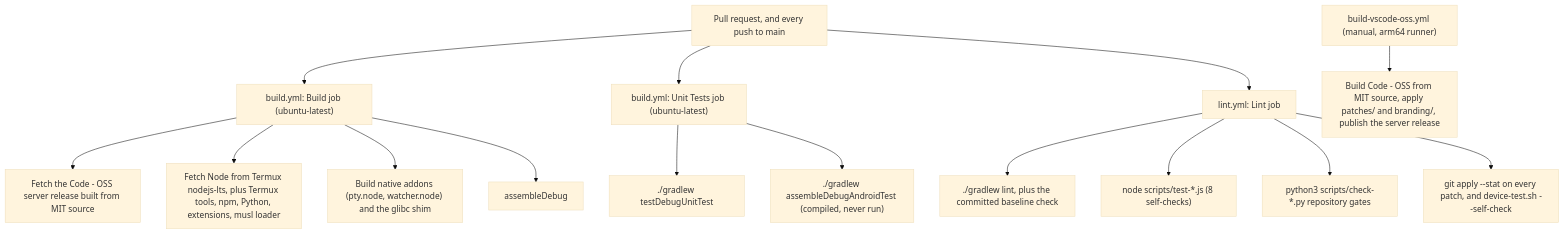
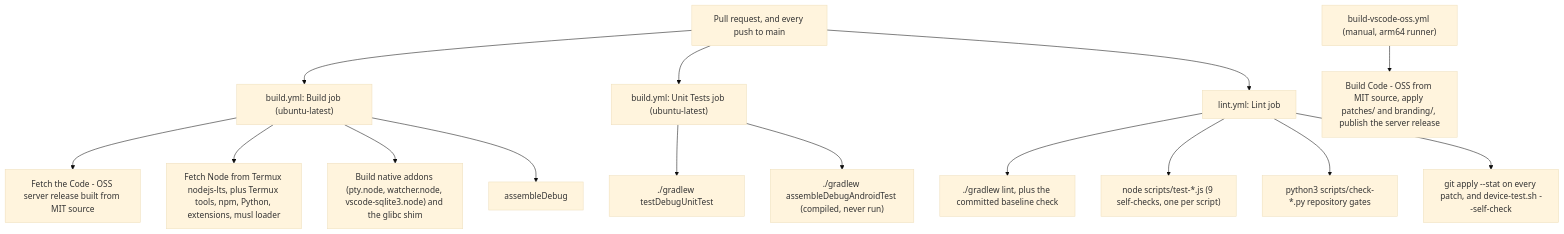
The second of 3 diagrams in docs/07-TESTING_STRATEGY.md (cuixinyuan666/vscodroid), drawn with Mermaid (base theme) before and after one commit. The commit also changed other lines of this file and 28 other files, not shown here.

````diff
--- a/docs/07-TESTING_STRATEGY.md
+++ b/docs/07-TESTING_STRATEGY.md
@@ -275,20 +277,20 @@
 ```mermaid
 flowchart TD
   PR["Pull request, and every push to main"] --> BUILD["build.yml: Build job (ubuntu-latest)"]
   BUILD --> B1["Fetch the Code - OSS server release built from MIT source"]
   BUILD --> B2["Fetch Node from Termux nodejs-lts, plus Termux tools, npm, Python, extensions, musl loader"]
-  BUILD --> B3["Build native addons (pty.node, watcher.node) and the glibc shim"]
+  BUILD --> B3["Build native addons (pty.node, watcher.node, vscode-sqlite3.node) and the glibc shim"]
   BUILD --> B4["assembleDebug"]
 
   PR --> TEST["build.yml: Unit Tests job (ubuntu-latest)"]
   TEST --> T1["./gradlew testDebugUnitTest"]
   TEST --> T2["./gradlew assembleDebugAndroidTest (compiled, never run)"]
 
   PR --> LINT["lint.yml: Lint job"]
   LINT --> L1["./gradlew lint, plus the committed baseline check"]
-  LINT --> L2["node scripts/test-*.js (8 self-checks)"]
+  LINT --> L2["node scripts/test-*.js (9 self-checks, one per script)"]
   LINT --> L3["python3 scripts/check-*.py repository gates"]
   LINT --> L4["git apply --stat on every patch, and device-test.sh --self-check"]
 
   MAN["build-vscode-oss.yml (manual, arm64 runner)"] --> M1["Build Code - OSS from MIT source, apply patches/ and branding/, publish the server release"]
 ```
````
